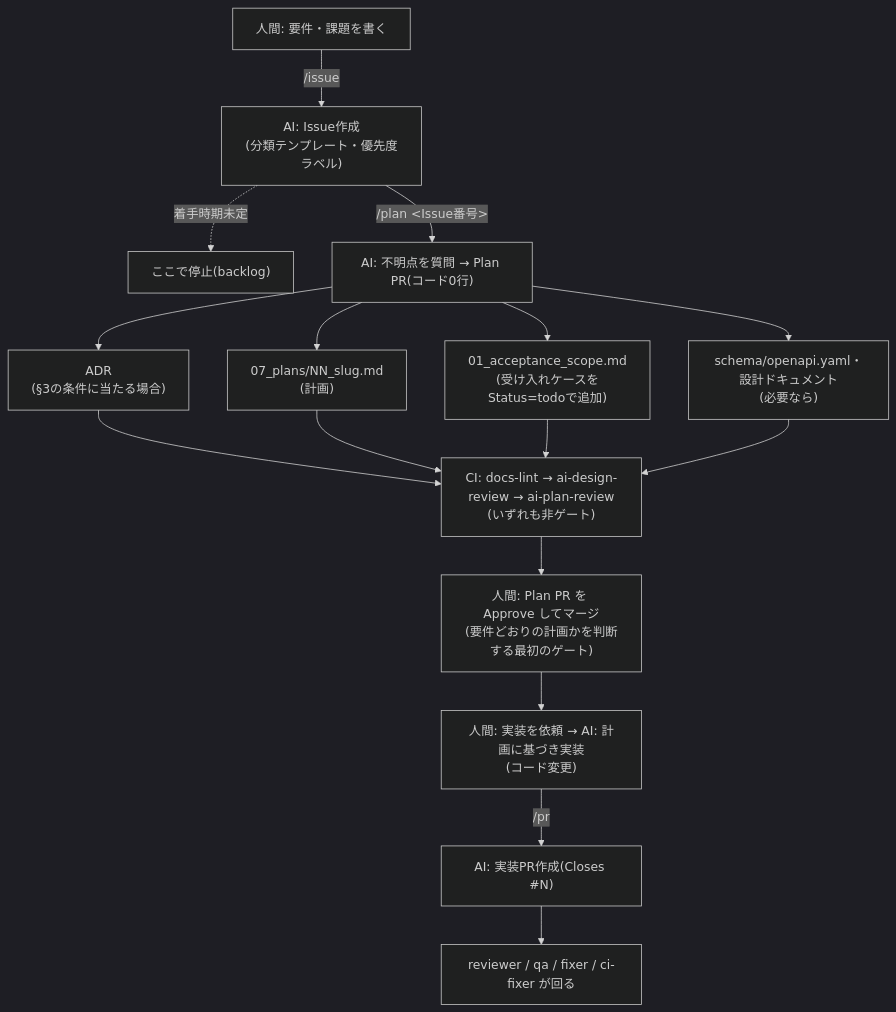
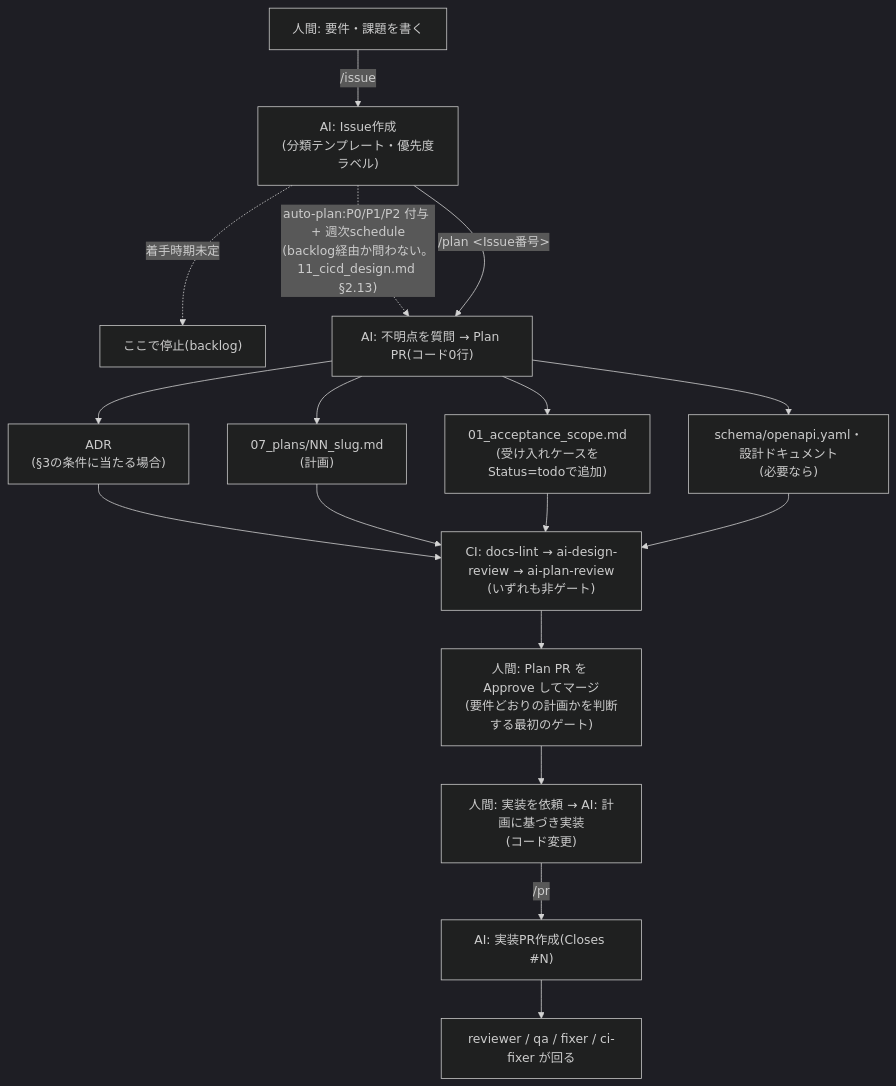
Before and after one commit to ebichan88/swiss-stage: the first of 3 diagrams in .claude/00_project/04_development_process.md, drawn with Mermaid (dark theme). The commit also changed other lines of this file and 3 other files, not shown here.

````diff
--- a/.claude/00_project/04_development_process.md
+++ b/.claude/00_project/04_development_process.md
@@ -21,18 +25,19 @@
 ```mermaid
 flowchart TD
     A["人間: 要件・課題を書く"] -->|"/issue"| B["AI: Issue作成<br/>(分類テンプレート・優先度ラベル)"]
     B -.->|"着手時期未定"| Z["ここで停止(backlog)"]
+    B -.->|"auto-plan:P0/P1/P2 付与 + 週次schedule<br/>(backlog経由か問わない。11_cicd_design.md §2.13)"| C
     B -->|"/plan &lt;Issue番号&gt;"| C["AI: 不明点を質問 → Plan PR(コード0行)"]
     C --> C1["ADR<br/>(§3の条件に当たる場合)"]
     C --> C2["07_plans/NN_slug.md<br/>(計画)"]
     C --> C3["01_acceptance_scope.md<br/>(受け入れケースをStatus=todoで追加)"]
     C --> C4["schema/openapi.yaml・設計ドキュメント<br/>(必要なら)"]
     C1 --> D["CI: docs-lint → ai-design-review → ai-plan-review<br/>(いずれも非ゲート)"]
     C2 --> D
     C3 --> D
     C4 --> D
     D --> E["人間: Plan PR を Approve してマージ<br/>(要件どおりの計画かを判断する最初のゲート)"]
     E --> H["人間: 実装を依頼 → AI: 計画に基づき実装<br/>(コード変更)"]
     H -->|"/pr"| F["AI: 実装PR作成(Closes #N)"]
     F --> G["reviewer / qa / fixer / ci-fixer が回る"]
 ```
````
